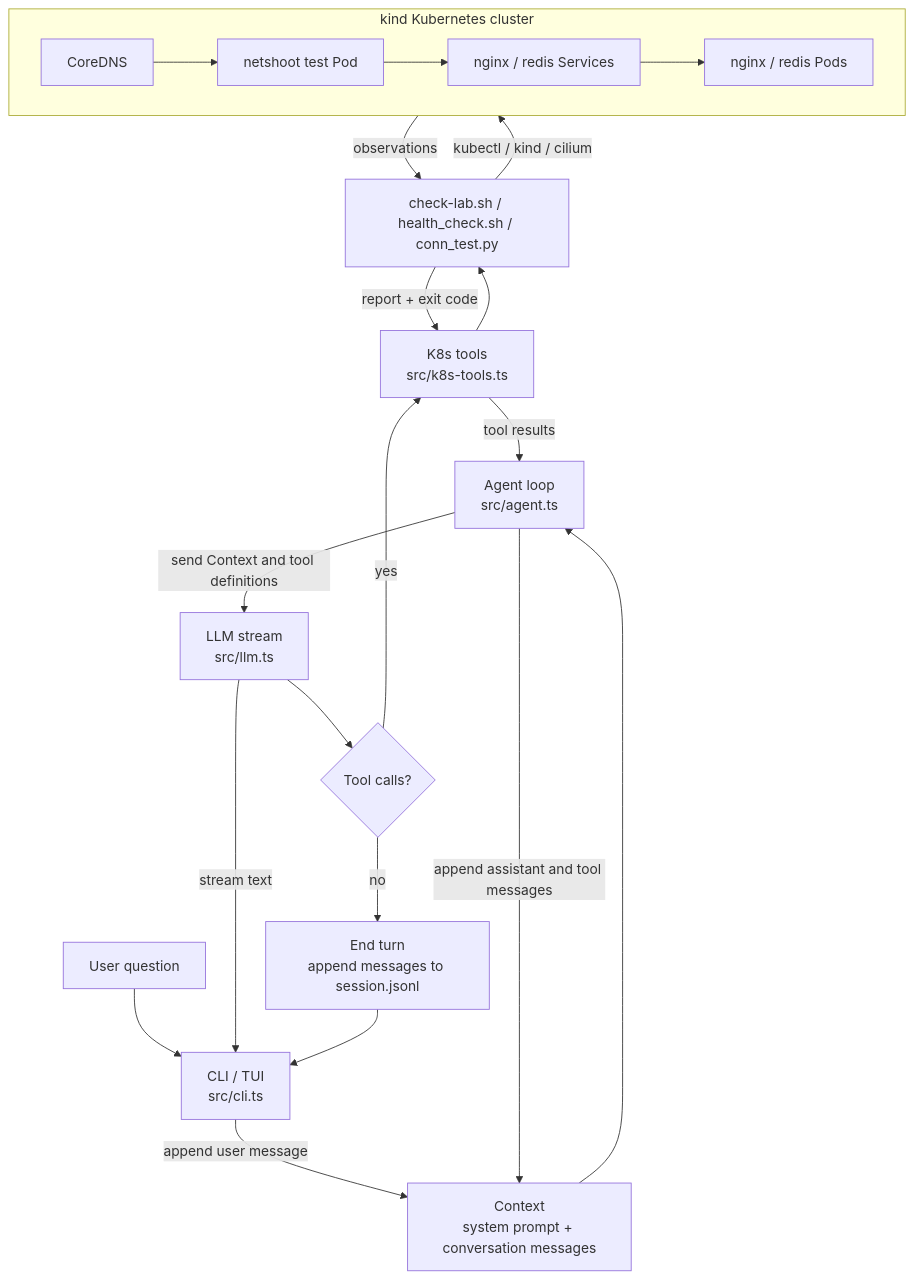
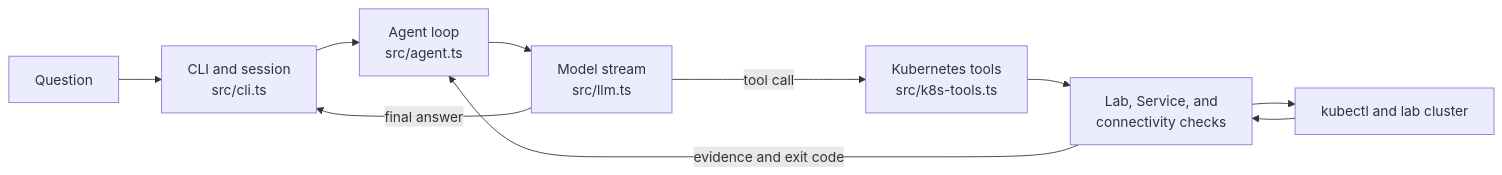
The diagram in README.md (ethan-yi-dev/KubeClue), drawn with Mermaid before and after one commit. The commit also changed other lines of this file, not shown here.

Commit message:
docs(readme): position project as a Pi-inspired Kubernetes learning lab

````diff
--- a/README.md
+++ b/README.md
@@ -127,24 +53,12 @@
 ```mermaid
-flowchart TB
-    User[User question] --> TUI[CLI / TUI<br/>src/cli.ts]
-    TUI -->|append user message| Context[Context<br/>system prompt + conversation messages]
-    Context --> Agent[Agent loop<br/>src/agent.ts]
-    Agent -->|send Context and tool definitions| LLM[LLM stream<br/>src/llm.ts]
-    LLM -->|stream text| TUI
-    LLM --> Decision{Tool calls?}
-    Decision -->|yes| Tools[K8s tools<br/>src/k8s-tools.ts]
-    Tools --> Checks[check-lab.sh / health_check.sh / conn_test.py]
-    Checks -->|kubectl / kind / cilium| Cluster
-    Cluster -->|observations| Checks
-    Checks -->|report + exit code| Tools
-    Tools -->|tool results| Agent
-    Agent -->|append assistant and tool messages| Context
-    Decision -->|no| Save[End turn<br/>append messages to session.jsonl]
-    Save --> TUI
-
-    subgraph Cluster[kind Kubernetes cluster]
-        Netshoot[netshoot test Pod] --> Services[nginx / redis Services]
-        Services --> Pods[nginx / redis Pods]
-        DNS[CoreDNS] --> Netshoot
-    end
+flowchart LR
+    User[Question] --> CLI[CLI and session<br/>src/cli.ts]
+    CLI --> Loop[Agent loop<br/>src/agent.ts]
+    Loop --> LLM[Model stream<br/>src/llm.ts]
+    LLM -->|tool call| Tools[Kubernetes tools<br/>src/k8s-tools.ts]
+    Tools --> Checks[Lab, Service, and<br/>connectivity checks]
+    Checks --> Cluster[kubectl and lab cluster]
+    Cluster --> Checks
+    Checks -->|evidence and exit code| Loop
+    LLM -->|final answer| CLI
 ```
````
